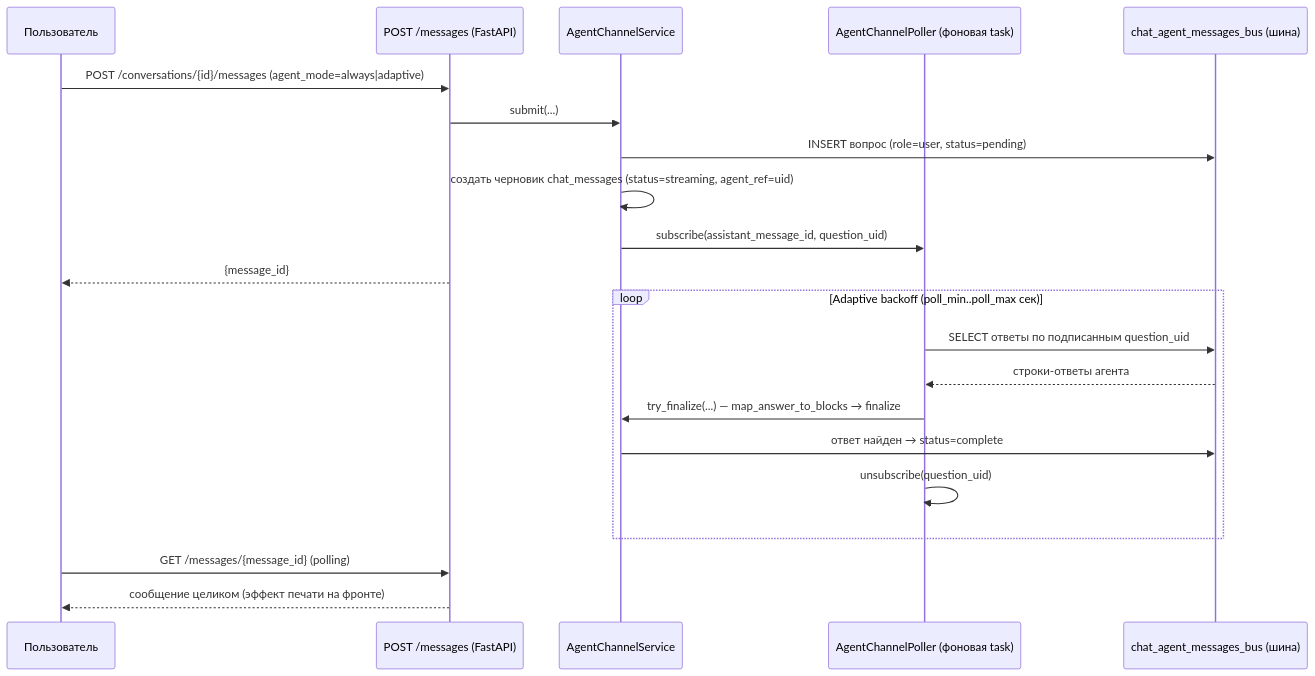
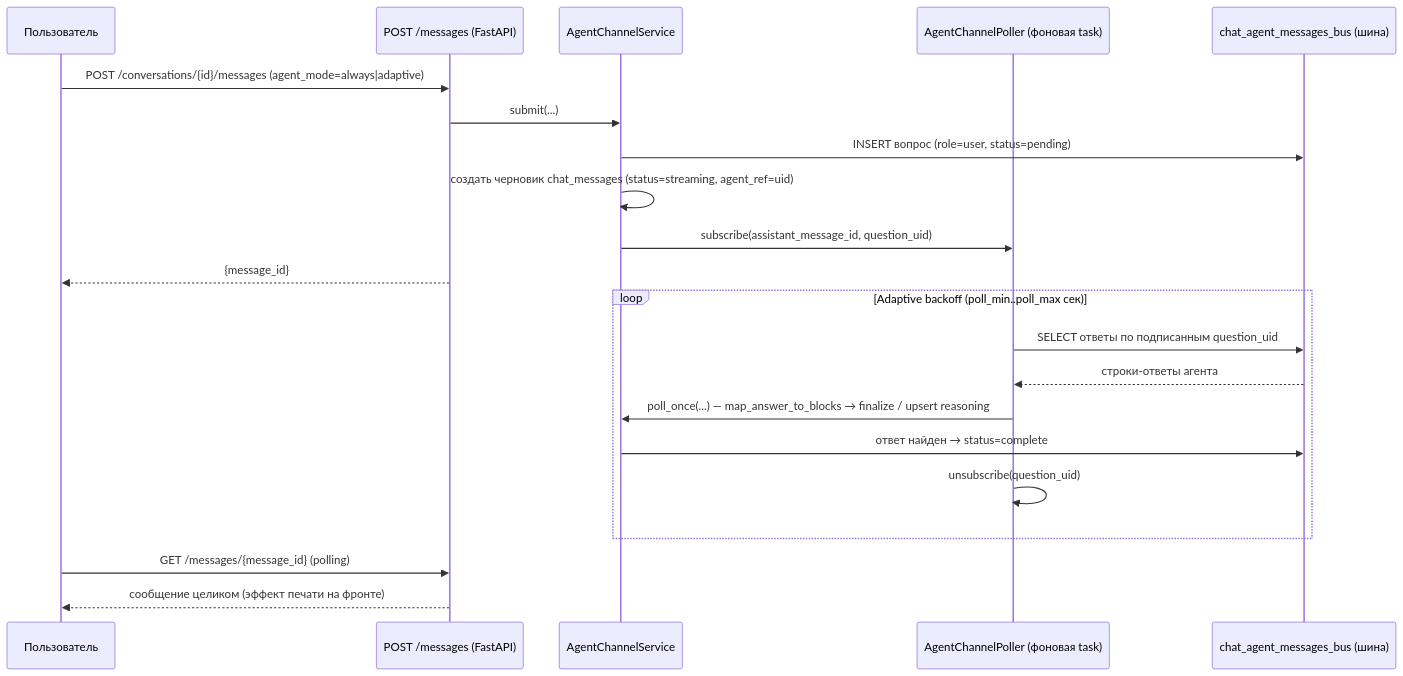
The second of 2 diagrams in docs/guides/developer-guide.md (mr-Dees/Act-Constructor), drawn with Mermaid before and after one commit. The commit also changed other lines of this file and 7 other files, not shown here.

````diff
--- a/docs/guides/developer-guide.md
+++ b/docs/guides/developer-guide.md
@@ -1350,26 +1350,26 @@
 ```mermaid
 sequenceDiagram
     participant U as Пользователь
     participant API as POST /messages (FastAPI)
     participant S as AgentChannelService
     participant P as AgentChannelPoller (фоновая task)
     participant BUS as chat_agent_messages_bus (шина)
 
     U->>API: POST /conversations/{id}/messages (agent_mode=always|adaptive)
     API->>S: submit(...)
     S->>BUS: INSERT вопрос (role=user, status=pending)
     S->>S: создать черновик chat_messages (status=streaming, agent_ref=uid)
     S->>P: subscribe(assistant_message_id, question_uid)
     API-->>U: {message_id}
 
     loop Adaptive backoff (poll_min..poll_max сек)
         P->>BUS: SELECT ответы по подписанным question_uid
         BUS-->>P: строки-ответы агента
-        P->>S: try_finalize(...) — map_answer_to_blocks → finalize
+        P->>S: poll_once(...) — map_answer_to_blocks → finalize / upsert reasoning
         S->>BUS: ответ найден → status=complete
         P->>P: unsubscribe(question_uid)
     end
 
     U->>API: GET /messages/{message_id} (polling)
     API-->>U: сообщение целиком (эффект печати на фронте)
 ```
````
